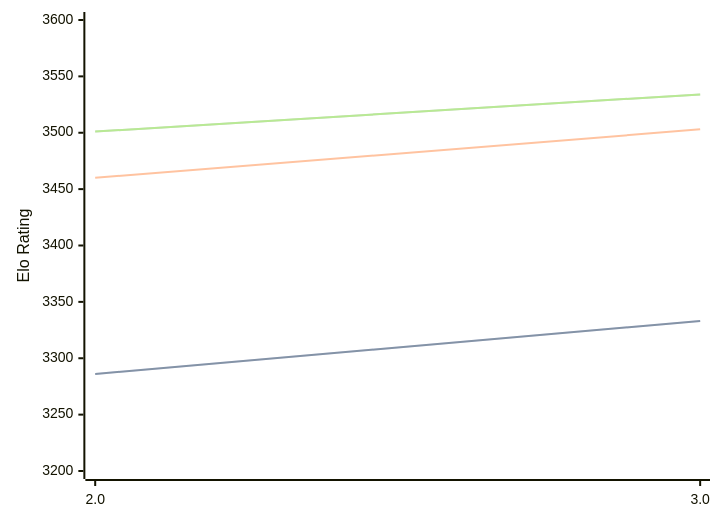
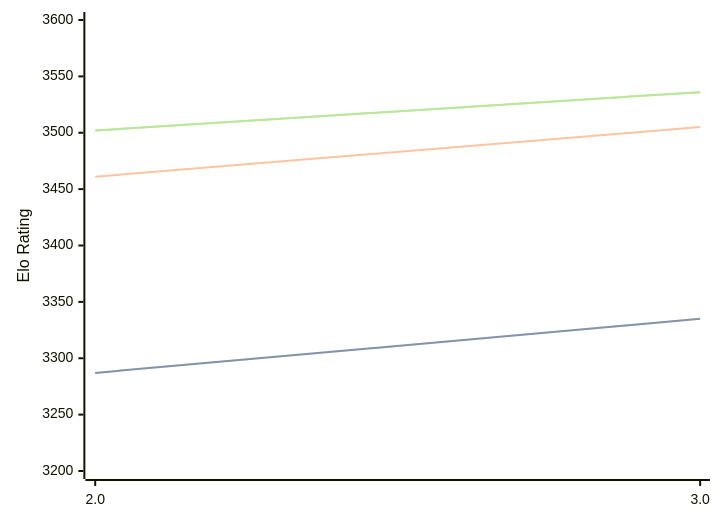
Before and after one commit to computer-chess-index/cci: the diagram in engines/Quanticade.md, drawn with Mermaid. The commit also changed other lines of this file, not shown here.

Commit message:
Update CCI Ratings (ELO VLTC) - 2026-08-09

````diff
--- a/engines/Quanticade.md
+++ b/engines/Quanticade.md
@@ -32,11 +32,11 @@
 ```mermaid
 %%{init: {"theme":"base","themeVariables":{"seriesColors:['#a3a3a3','#222221','#faa371']}}}%%
 xychart-beta
   x-axis ["2.0", "3.0"]
   y-axis "Elo Rating" 3200 --> 3600
-  line "STC (8.0+0.08s)" [3286, 3333]
-  line "STC (8.0+0.08s)" [3286, 3333]
-  line "LTC (60.0+0.60s)" [3460, 3503]
-  line "VLTC (2m24s+1.12s)" [3501, 3534]
-  line "VLTC (2m24s+1.12s)" [3501, 3534]
+  line "STC (8.0+0.08s)" [3287, 3335]
+  line "STC (8.0+0.08s)" [3287, 3335]
+  line "LTC (60.0+0.60s)" [3461, 3505]
+  line "VLTC (2m24s+1.12s)" [3502, 3536]
+  line "VLTC (2m24s+1.12s)" [3502, 3536]
 ```
````
